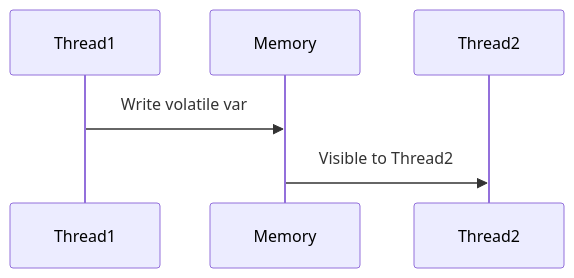
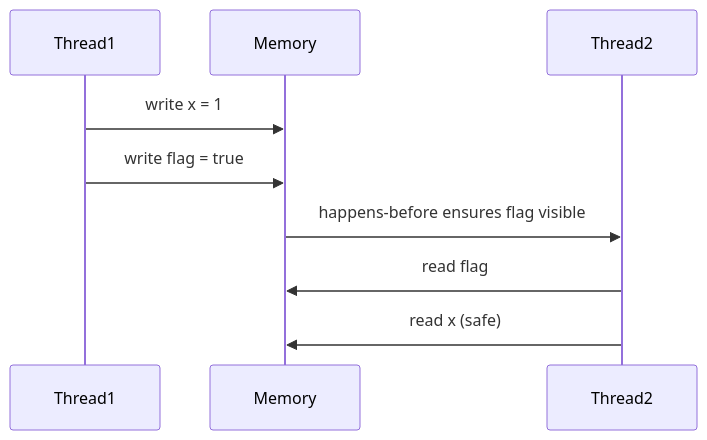
One commit to VrushankPatel/interview-matters changed the diagram in java/java-memory-model-and-concurrency/README.md. Above: the diagram before and after it, drawn with Mermaid. The commit also changed other lines of this file and 8 other files, not shown here.

````diff
--- a/java/java-memory-model-and-concurrency/README.md
+++ b/java/java-memory-model-and-concurrency/README.md
@@ -79,8 +113,12 @@
 ```mermaid
 sequenceDiagram
     participant Thread1
     participant Memory
     participant Thread2
-    Thread1->>Memory: Write volatile var
-    Memory->>Thread2: Visible to Thread2
+
+    Thread1->>Memory: write x = 1
+    Thread1->>Memory: write flag = true
+    Memory->>Thread2: happens-before ensures flag visible
+    Thread2->>Memory: read flag
+    Thread2->>Memory: read x (safe)
 ```
````
